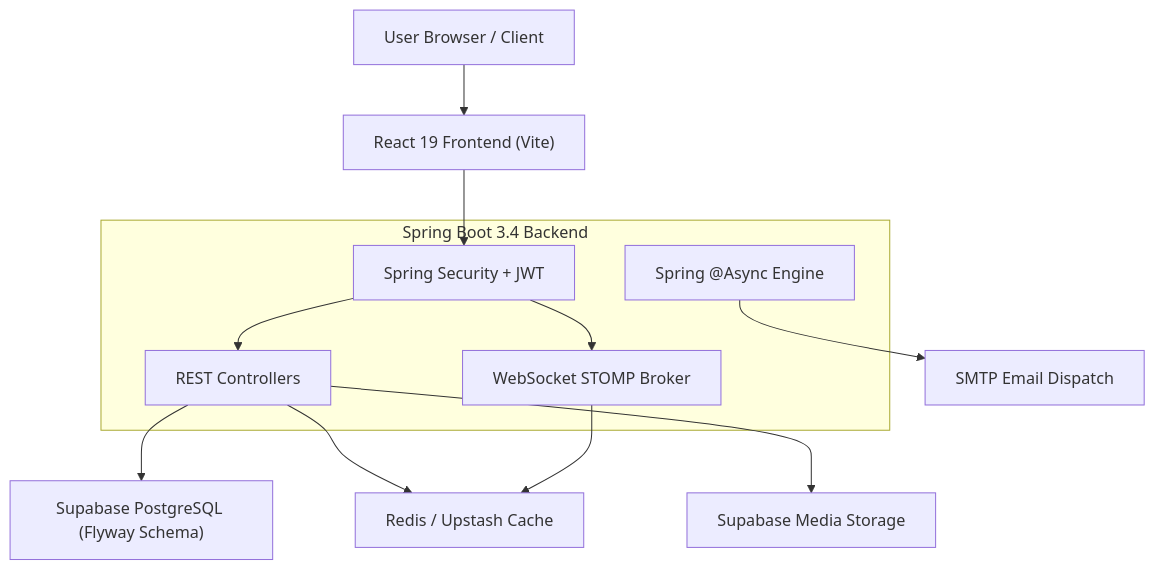
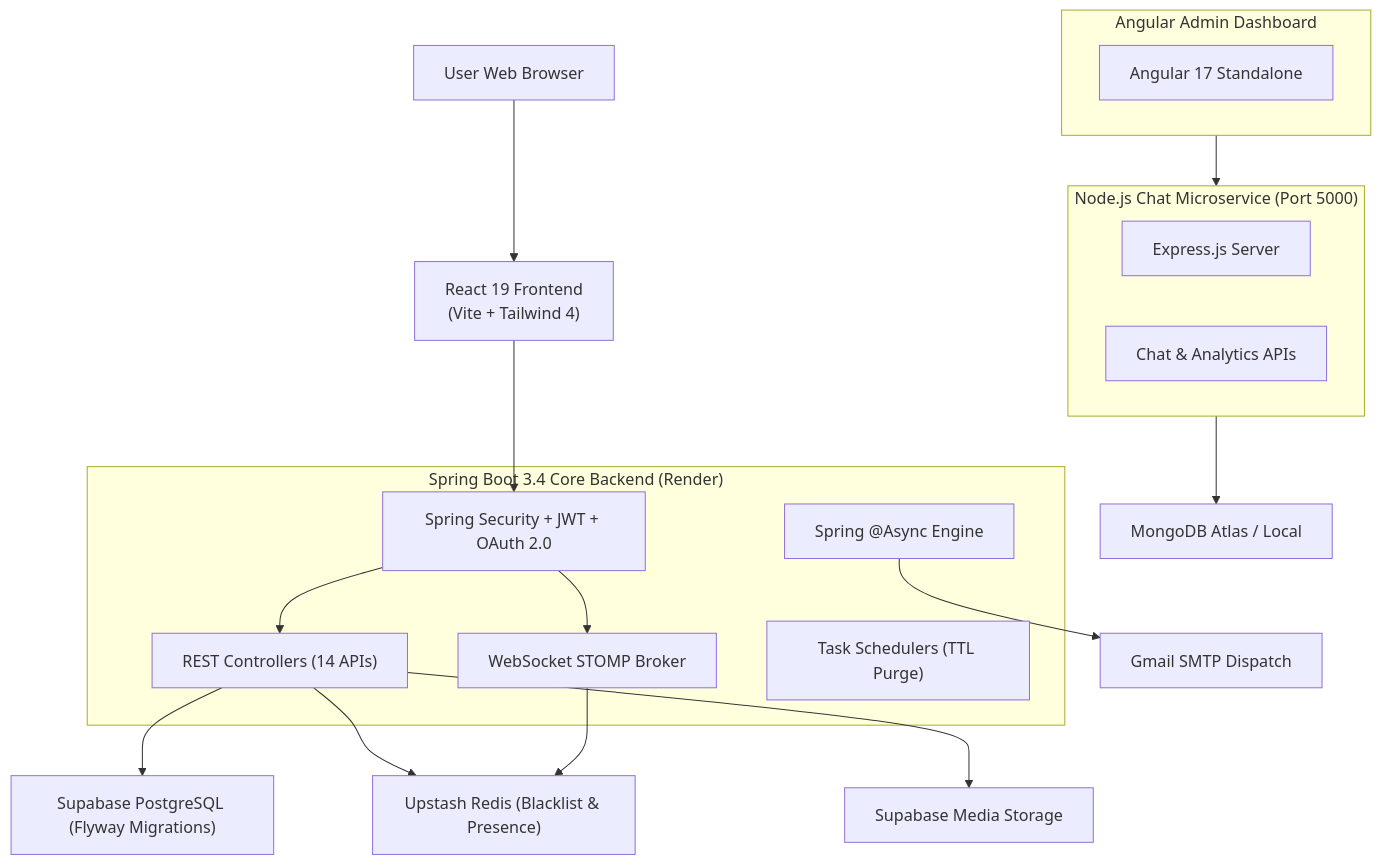
Before and after one commit to Jayanand07/Friends-Hub: the diagram in README.md, drawn with Mermaid. The commit also changed other lines of this file and 13 other files, not shown here.

````diff
--- a/README.md
+++ b/README.md
@@ -48,22 +70,33 @@
 ```mermaid
 flowchart TD
-    client["User Browser / Client"] --> reactApp["React 19 Frontend (Vite)"]
-    
-    subgraph Backend ["Spring Boot 3.4 Backend"]
-        security["Spring Security + JWT"]
-        apiControllers["REST Controllers"]
-        asyncExec["Spring @Async Engine"]
+    client["User Web Browser"] --> reactApp["React 19 Frontend<br/>(Vite + Tailwind 4)"]
+
+    subgraph SpringBoot["Spring Boot 3.4 Core Backend (Render)"]
+        security["Spring Security + JWT + OAuth 2.0"]
+        controllers["REST Controllers (14 APIs)"]
         stompWs["WebSocket STOMP Broker"]
+        asyncEngine["Spring @Async Engine"]
+        schedulers["Task Schedulers (TTL Purge)"]
     end
-    
+
+    subgraph NodeService["Node.js Chat Microservice (Port 5000)"]
+        expressApp["Express.js Server"]
+        chatRouter["Chat & Analytics APIs"]
+    end
+
+    subgraph AdminPortal["Angular Admin Dashboard"]
+        ngDashboard["Angular 17 Standalone"]
+    end
+
     reactApp --> security
-    security --> apiControllers
+    security --> controllers
     security --> stompWs
+    controllers --> postgres["Supabase PostgreSQL (Flyway Migrations)"]
+    controllers --> redis["Upstash Redis (Blacklist & Presence)"]
+    controllers --> supabaseStorage["Supabase Media Storage"]
+    asyncEngine --> smtpMail["Gmail SMTP Dispatch"]
+    stompWs --> redis
 
-    apiControllers --> postgres["Supabase PostgreSQL (Flyway Schema)"]
-    apiControllers --> redis["Redis / Upstash Cache"]
-    apiControllers --> supabaseStore["Supabase Media Storage"]
-    asyncExec --> resendMail["SMTP Email Dispatch"]
-
-    stompWs --> redis
+    AdminPortal --> NodeService
+    NodeService --> mongoAtlas["MongoDB Atlas / Local"]
 ```
````
